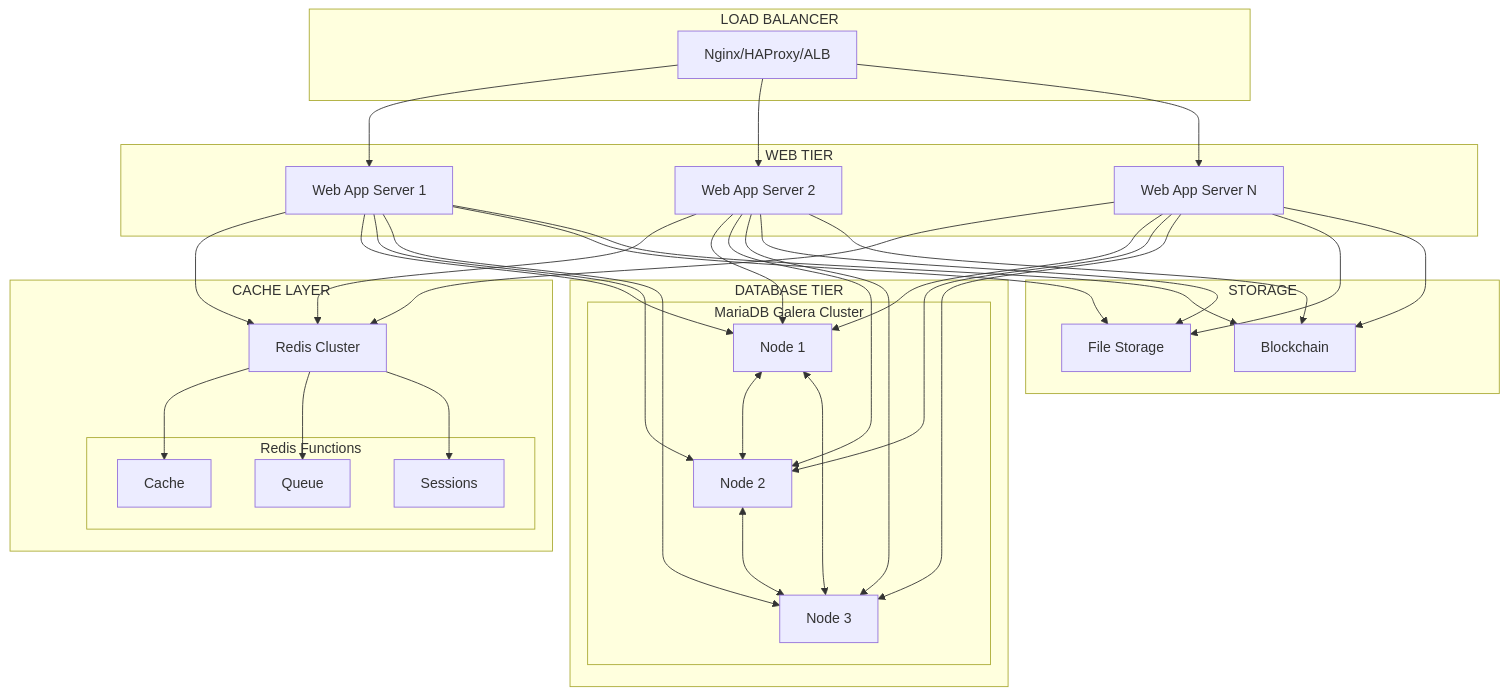
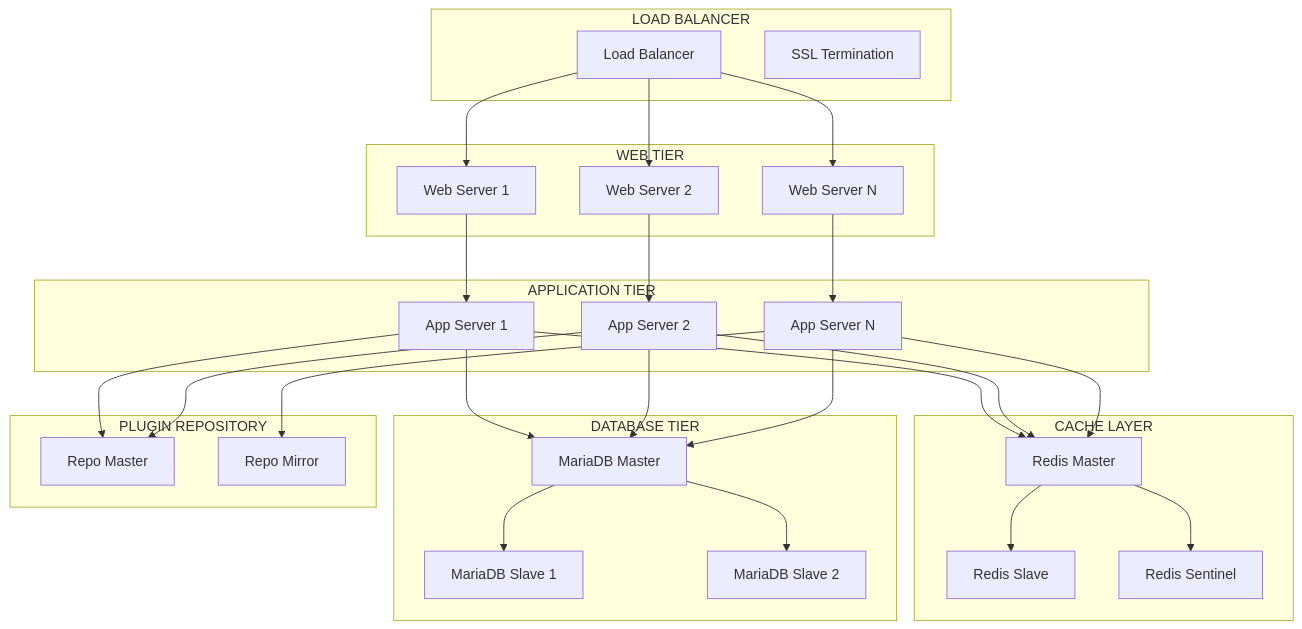
One commit to alonsoarias/lazarus changed the ninth of 16 diagrams in lazarus-ded_v2.1.md. Above: the diagram before and after it, drawn with Mermaid. The commit also changed other lines of this file, not shown here.

````diff
--- a/lazarus-ded_v2.1.md
+++ b/lazarus-ded_v2.1.md
@@ -2377,44 +2625,62 @@
 ```mermaid
 graph TB
     subgraph "LOAD BALANCER"
-        LB[Nginx/HAProxy/ALB]
+        LB[Load Balancer]
+        SSL[SSL Termination]
     end
     
     subgraph "WEB TIER"
-        WS1[Web App Server 1]
-        WS2[Web App Server 2]
-        WSN[Web App Server N]
+        WEB1[Web Server 1]
+        WEB2[Web Server 2]
+        WEBN[Web Server N]
+    end
+    
+    subgraph "APPLICATION TIER"
+        APP1[App Server 1]
+        APP2[App Server 2]
+        APPN[App Server N]
     end
     
     subgraph "CACHE LAYER"
-        RC[Redis Cluster]
-        subgraph "Redis Functions"
-            RC1[Cache]
-            RC2[Queue]
-            RC3[Sessions]
-        end
+        REDIS1[Redis Master]
+        REDIS2[Redis Slave]
+        REDIS3[Redis Sentinel]
     end
     
     subgraph "DATABASE TIER"
-        subgraph "MariaDB Galera Cluster"
-            DB1[Node 1]
-            DB2[Node 2]
-            DB3[Node 3]
-        end
+        MARIA1[MariaDB Master]
+        MARIA2[MariaDB Slave 1]
+        MARIA3[MariaDB Slave 2]
     end
     
-    subgraph "STORAGE"
-        FS[File Storage]
-        BC[Blockchain]
+    subgraph "PLUGIN REPOSITORY"
+        REPO1[Repo Master]
+        REPO2[Repo Mirror]
     end
     
-    LB --> WS1 & WS2 & WSN
-    WS1 & WS2 & WSN --> RC
-    RC --> RC1 & RC2 & RC3
-    WS1 & WS2 & WSN --> DB1 & DB2 & DB3
-    WS1 & WS2 & WSN --> FS & BC
+    LB --> WEB1
+    LB --> WEB2
+    LB --> WEBN
     
-    DB1 <--> DB2
-    DB2 <--> DB3
-    DB3 <--> DB1
+    WEB1 --> APP1
+    WEB2 --> APP2
+    WEBN --> APPN
+    
+    APP1 --> REDIS1
+    APP2 --> REDIS1
+    APPN --> REDIS1
+    
+    REDIS1 --> REDIS2
+    REDIS1 --> REDIS3
+    
+    APP1 --> MARIA1
+    APP2 --> MARIA1
+    APPN --> MARIA1
+    
+    MARIA1 --> MARIA2
+    MARIA1 --> MARIA3
+    
+    APP1 --> REPO1
+    APP2 --> REPO1
+    APPN --> REPO2
 ```
````
